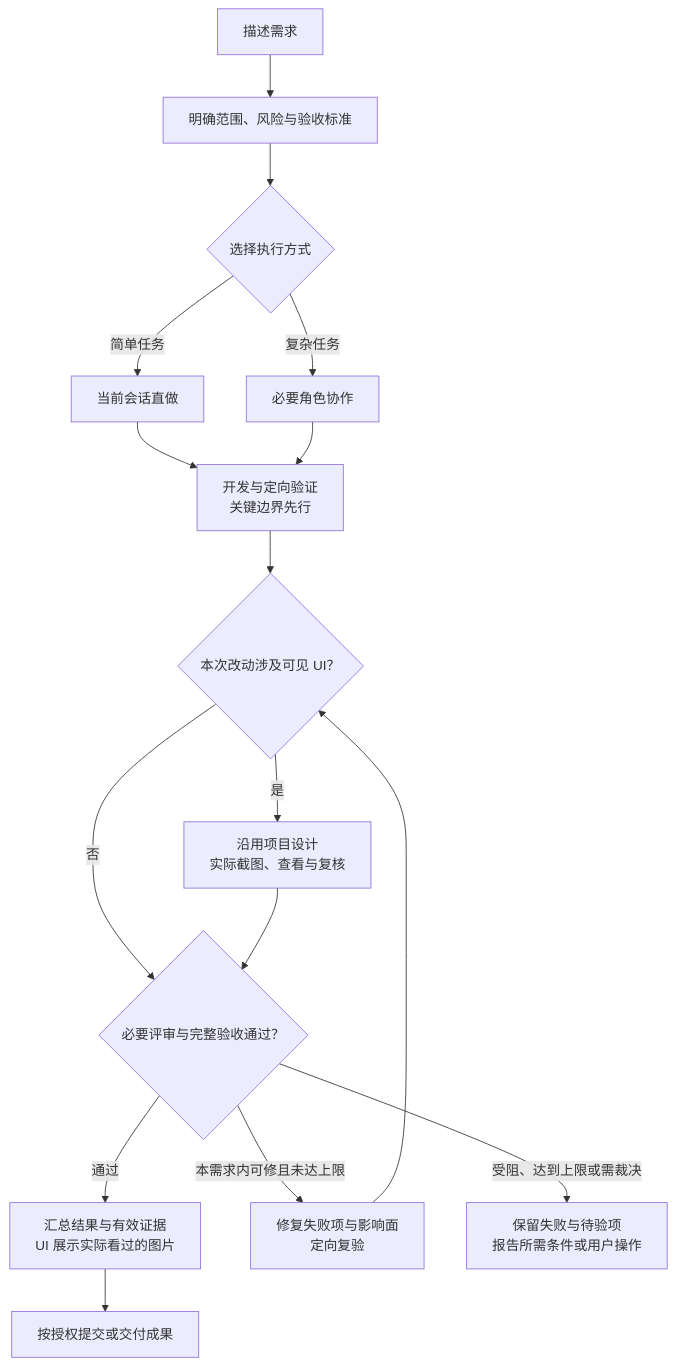
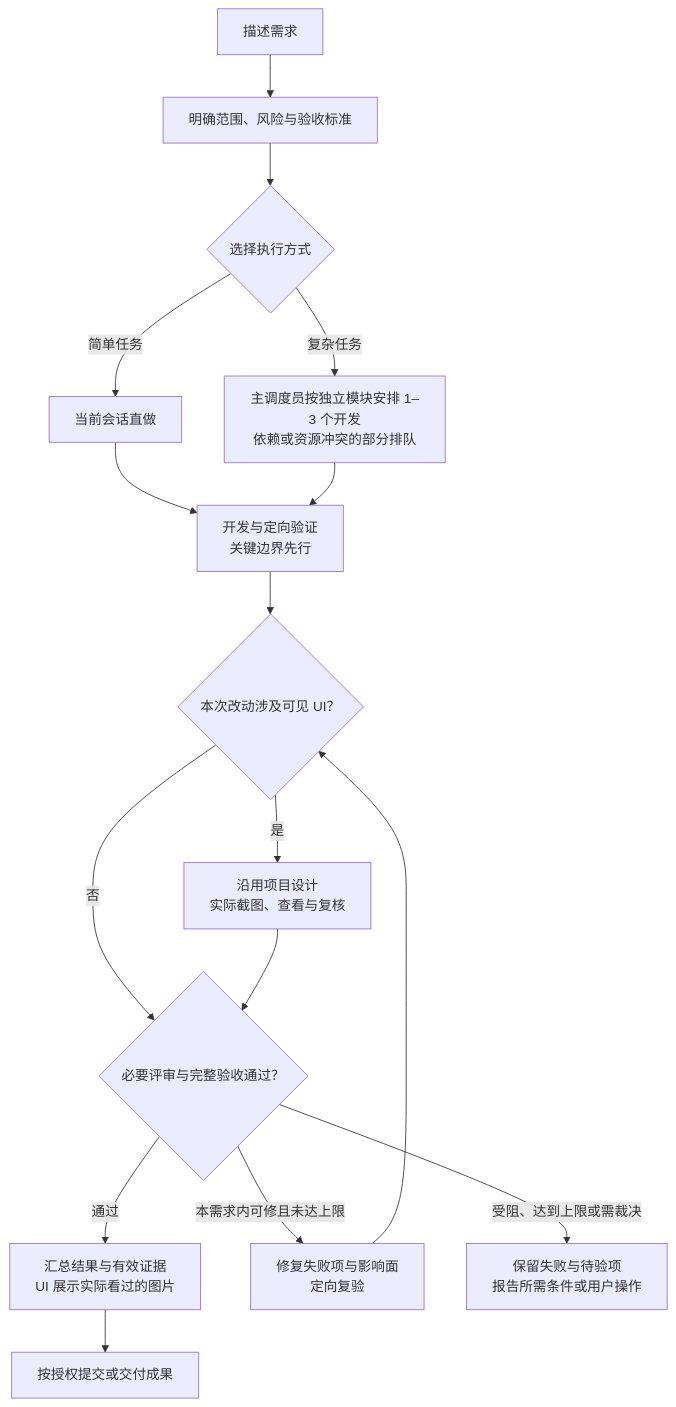
Before and after one commit to wzm111/pipeline-standard: the first of 2 diagrams in README.md, drawn with Mermaid. The commit also changed other lines of this file and 6 other files, not shown here.

````diff
--- a/README.md
+++ b/README.md
@@ -102,18 +102,18 @@
 ```mermaid
 flowchart TD
     A["描述需求"] --> B["明确范围、风险与验收标准"]
     B --> I{"选择执行方式"}
     I -->|简单任务| J["当前会话直做"]
-    I -->|复杂任务| K["必要角色协作"]
+    I -->|复杂任务| K["主调度员按独立模块安排 1–3 个开发<br/>依赖或资源冲突的部分排队"]
     J --> C["开发与定向验证<br/>关键边界先行"]
     K --> C
     C --> U{"本次改动涉及可见 UI？"}
     U -->|是| V["沿用项目设计<br/>实际截图、查看与复核"]
     U -->|否| D{"必要评审与完整验收通过？"}
     V --> D
     D -->|通过| E["汇总结果与有效证据<br/>UI 展示实际看过的图片"]
     D -->|本需求内可修且未达上限| G["修复失败项与影响面<br/>定向复验"]
     G --> U
     D -->|受阻、达到上限或需裁决| H["保留失败与待验项<br/>报告所需条件或用户操作"]
     E --> F["按授权提交或交付成果"]
 ```
````
